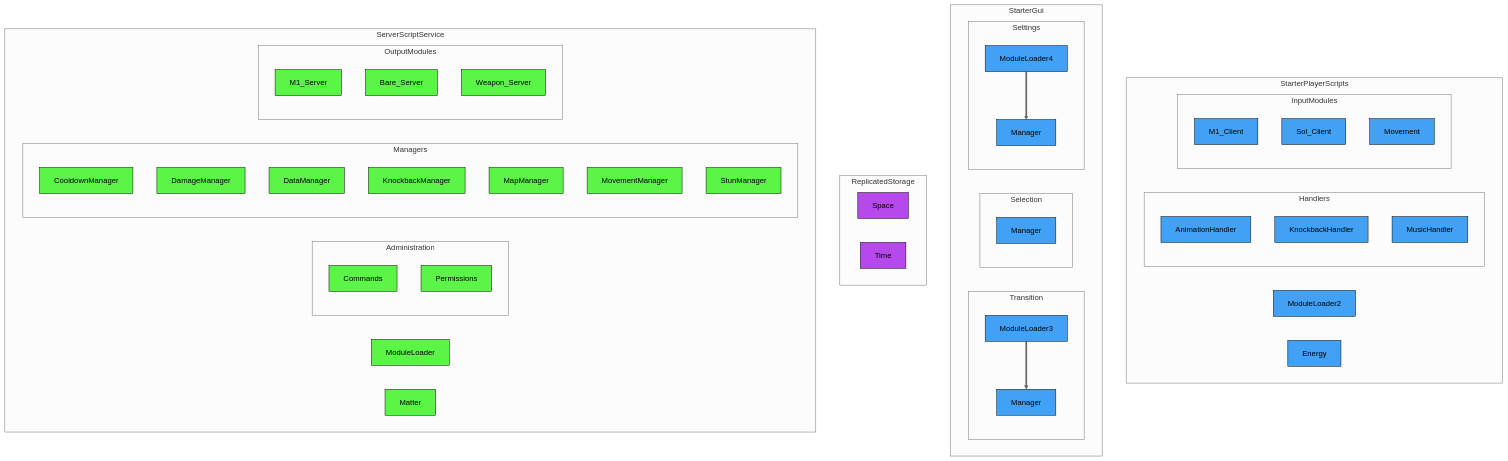
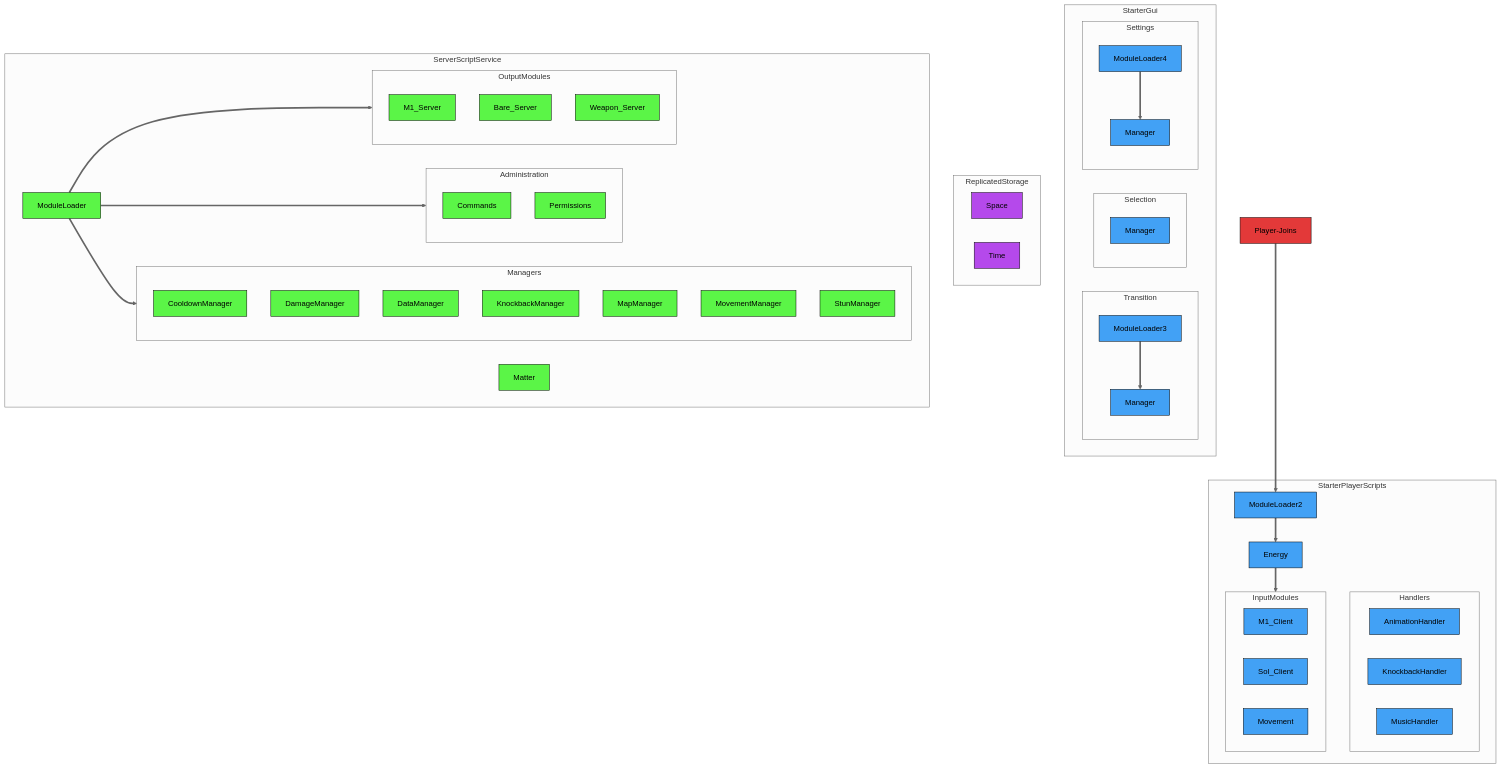
The first of 3 diagrams in README.md (altair5607249/Crusaders-Game), drawn with Mermaid (neutral theme) before and after one commit. The commit also changed other lines of this file, not shown here.

````diff
--- a/README.md
+++ b/README.md
@@ -51,6 +52,7 @@
 ```mermaid
 flowchart TB;
 
+  classDef eventNode fill:#e33939,stroke:#000000,color:#000000
   classDef serverNode fill:#5bf547,stroke:#000000,color:#000000
   classDef clientNode fill:#42a1f5,stroke:#000000,color:#000000
   classDef universalNode fill:#b549eb,stroke:#000000,color:#000000
@@ -117,7 +119,15 @@
     end
   end
 
+  Player-Joins==>ModuleLoader2
 
+  ModuleLoader2==>Energy==>InputModules;
+
+  ModuleLoader==>Administration;
+  ModuleLoader==>Managers;
+  ModuleLoader==>OutputModules;
+
+  class Player-Joins eventNode;
   class ModuleLoader,Matter,Commands,Permissions,CooldownManager,DamageManager,DataManager,KnockbackManager,MapManager,MovementManager,StunManager,M1_Server,Bare_Server,Weapon_Server serverNode;
   class ModuleLoader2,Energy,AnimationHandler,KnockbackHandler,MusicHandler,M1_Client,Sol_Client,Movement,ModuleLoader3,ModuleLoader4,A,B,C clientNode;
   class Space,Time universalNode;
````
